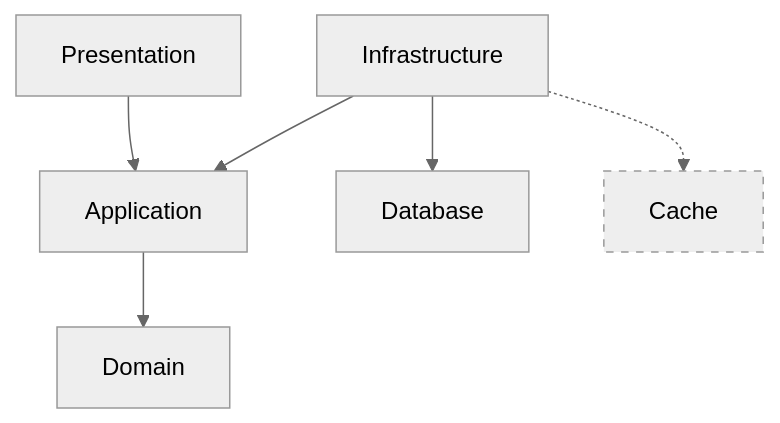
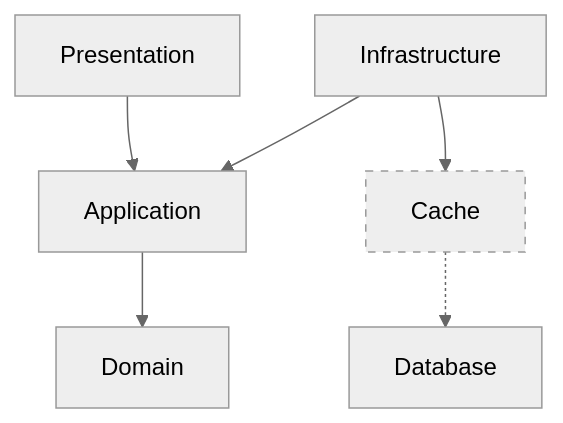
Before and after one commit to DanielNieuwoudt/dev-assess: the diagram in Solution.README.md, drawn with Mermaid (neutral theme). The commit also changed other lines of this file and 20 other files, not shown here.

````diff
--- a/Solution.README.md
+++ b/Solution.README.md
@@ -154,17 +154,17 @@
 ```mermaid
 graph TD
 A[Presentation]
 B[Infrastructure]
 C[Application]
 D[Domain]
 E[Database]
 F[Cache]
 
 A --> C
 B --> C
 C --> D
-B --> E
-B -.-> F
+B --> F
+F -.-> E
 
 style F stroke-dasharray: 5, 5
 ```
````
